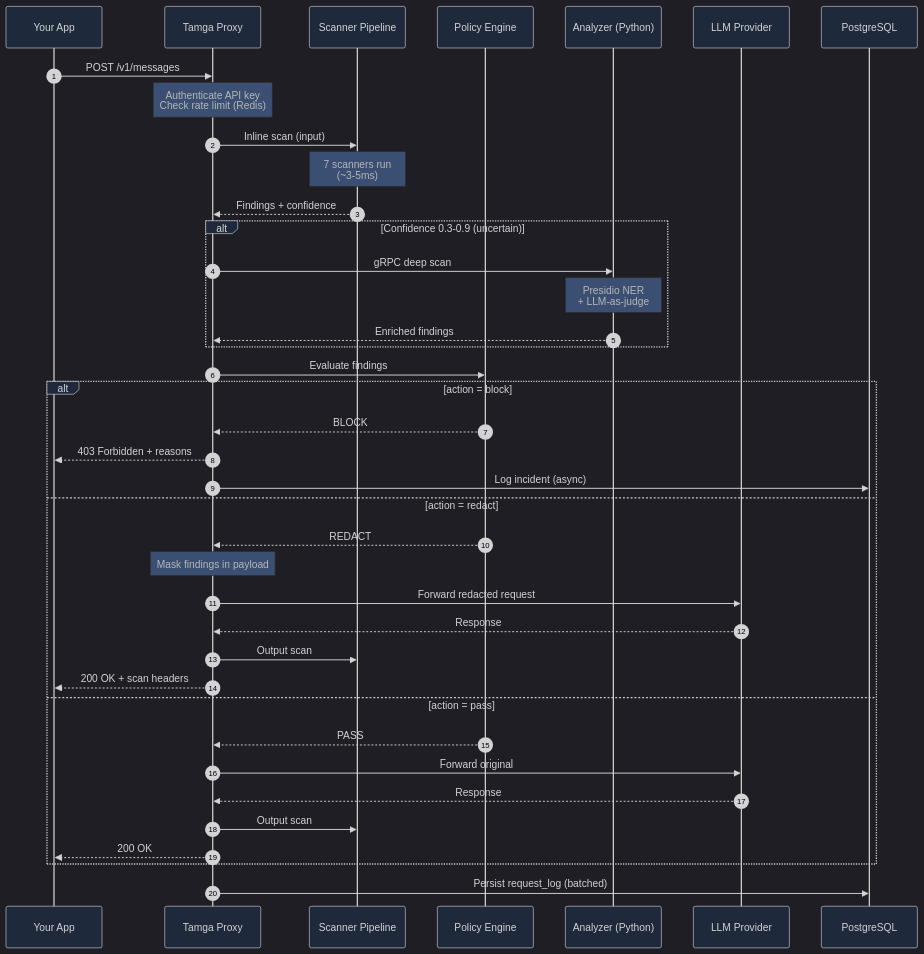
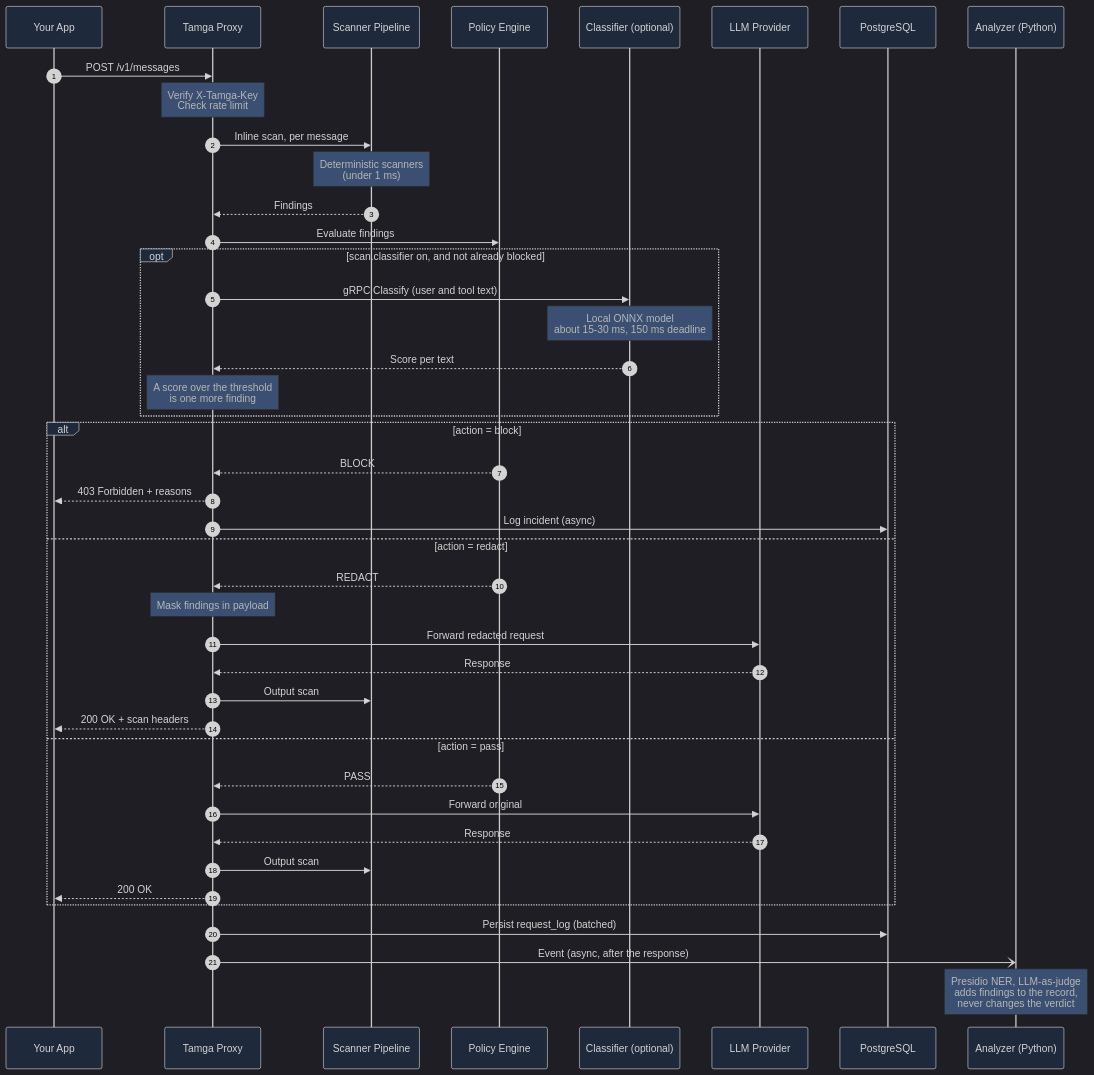
The second of 6 diagrams in docs/architecture/README.md (yatuk/tamga), drawn with Mermaid before and after one commit. The commit also changed other lines of this file and 28 other files, not shown here.

````diff
--- a/docs/architecture/README.md
+++ b/docs/architecture/README.md
@@ -90,58 +91,62 @@
 ```mermaid
 %%{init: {
   'theme': 'dark',
   'themeVariables': {
     'primaryColor': '#1e3a5f',
     'primaryTextColor': '#dbeafe',
     'primaryBorderColor': '#3b82f6',
     'lineColor': '#6b7280',
     'background': '#0f172a',
     'mainBkg': '#1e293b'
   }
 }}%%
 sequenceDiagram
     autonumber
     participant App as Your App
     participant Proxy as Tamga Proxy
     participant Scanner as Scanner Pipeline
     participant Policy as Policy Engine
-    participant Analyzer as Analyzer (Python)
+    participant Classifier as Classifier (optional)
     participant LLM as LLM Provider
     participant DB as PostgreSQL
+    participant Analyzer as Analyzer (Python)
 
     App->>Proxy: POST /v1/messages
-    Note over Proxy: Authenticate API key<br/>Check rate limit (Redis)
+    Note over Proxy: Verify X-Tamga-Key<br/>Check rate limit
 
-    Proxy->>Scanner: Inline scan (input)
-    Note over Scanner: 7 scanners run<br/>(~3-5ms)
-    Scanner-->>Proxy: Findings + confidence
-
-    alt Confidence 0.3-0.9 (uncertain)
-        Proxy->>Analyzer: gRPC deep scan
-        Note over Analyzer: Presidio NER<br/>+ LLM-as-judge
-        Analyzer-->>Proxy: Enriched findings
-    end
+    Proxy->>Scanner: Inline scan, per message
+    Note over Scanner: Deterministic scanners<br/>(under 1 ms)
+    Scanner-->>Proxy: Findings
 
     Proxy->>Policy: Evaluate findings
+
+    opt scan.classifier on, and not already blocked
+        Proxy->>Classifier: gRPC Classify (user and tool text)
+        Note over Classifier: Local ONNX model<br/>about 15-30 ms, 150 ms deadline
+        Classifier-->>Proxy: Score per text
+        Note over Proxy: A score over the threshold<br/>is one more finding
+    end
 
     alt action = block
         Policy-->>Proxy: BLOCK
         Proxy-->>App: 403 Forbidden + reasons
         Proxy->>DB: Log incident (async)
     else action = redact
         Policy-->>Proxy: REDACT
         Note over Proxy: Mask findings in payload
         Proxy->>LLM: Forward redacted request
         LLM-->>Proxy: Response
         Proxy->>Scanner: Output scan
         Proxy-->>App: 200 OK + scan headers
     else action = pass
         Policy-->>Proxy: PASS
         Proxy->>LLM: Forward original
         LLM-->>Proxy: Response
         Proxy->>Scanner: Output scan
         Proxy-->>App: 200 OK
     end
 
     Proxy->>DB: Persist request_log (batched)
+    Proxy-)Analyzer: Event (async, after the response)
+    Note over Analyzer: Presidio NER, LLM-as-judge<br/>adds findings to the record,<br/>never changes the verdict
 ```
````
